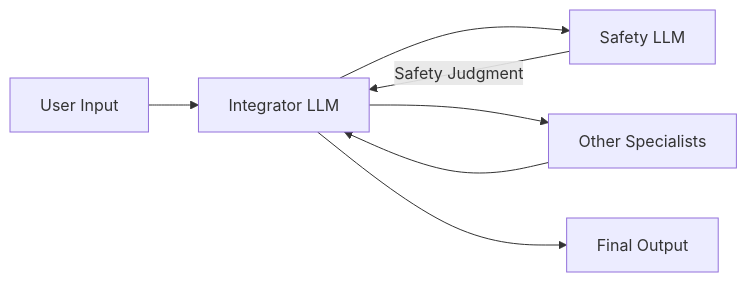
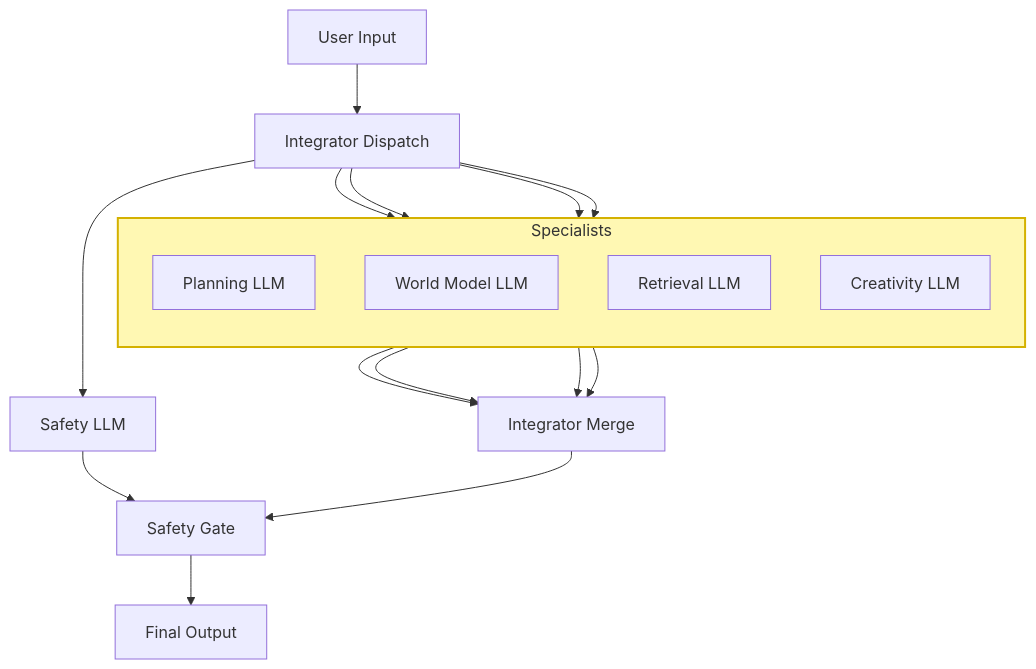
One commit to CuriousOne23/WhenMathPrays changed the third of 3 diagrams in docs/AI_Architecture_WhichWill_Scale.md. Above: the diagram before and after it, drawn with Mermaid. The commit also changed other lines of this file, not shown here.

Commit message:
Refactor architecture diagrams for clarity and accuracy
Updated flowcharts to reflect changes in the architecture, including the transition from Integrator LLM to Integrator Dispatch and adjustments in the safety module.

````diff
--- a/docs/AI_Architecture_WhichWill_Scale.md
+++ b/docs/AI_Architecture_WhichWill_Scale.md
@@ -144,12 +152,37 @@
 ```mermaid
-flowchart LR
-    U[User Input] --> I[Integrator LLM]
+flowchart TB
+    U[User Input] --> ID[Integrator Dispatch]
 
-    I --> S[Safety LLM]
-    I --> X[Other Specialists]
+    %% Specialists group with yellow background
+    subgraph SPEC[Specialists]
+        direction TB
+        P[Planning LLM]
+        W[World Model LLM]
+        R[Retrieval LLM]
+        C[Creativity LLM]
+    end
 
-    S -->|Safety Judgment| I
-    X --> I
+    style SPEC fill:#fff8b3,stroke:#d4b100,stroke-width:2px
 
-    I --> O[Final Output]
+    %% Fan-out from Dispatch Integrator
+    ID --> P
+    ID --> W
+    ID --> R
+    ID --> C
+
+    %% Safety receives the same dispatch input
+    ID --> S[Safety LLM]
+
+    %% Fan-in to Merge Integrator
+    P --> IM[Integrator Merge]
+    W --> IM
+    R --> IM
+    C --> IM
+
+    %% Safety gating (one-pass, no feedback)
+    S --> G[Safety Gate]
+    IM --> G
+
+    %% Final Output
+    G --> O[Final Output]
 ```
````
